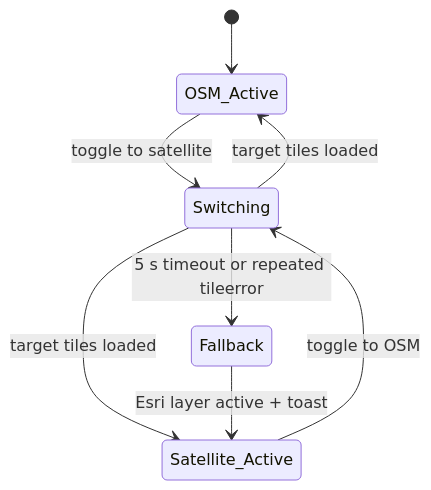
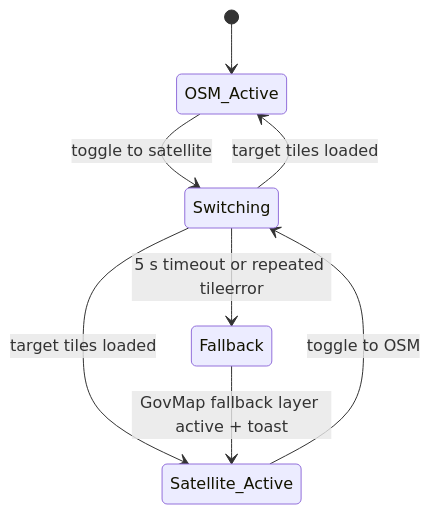
The seventh of 12 diagrams in docs/hld.md (dudumrk2/snapland-task), drawn with Mermaid before and after one commit. The commit also changed other lines of this file and 14 other files, not shown here.

Commit message:
fix: resolve review round 2 findings across satellite fallback, area deletion, PII logging, and type drift CI check

````diff
--- a/docs/hld.md
+++ b/docs/hld.md
@@ -1068,10 +1068,10 @@
 ```mermaid
 stateDiagram-v2
     [*] --> OSM_Active
     OSM_Active --> Switching : toggle to satellite
     Satellite_Active --> Switching : toggle to OSM
     Switching --> Satellite_Active : target tiles loaded
     Switching --> OSM_Active : target tiles loaded
     Switching --> Fallback : 5 s timeout or repeated tileerror
-    Fallback --> Satellite_Active : Esri layer active + toast
+    Fallback --> Satellite_Active : GovMap fallback layer active + toast
 ```
````
